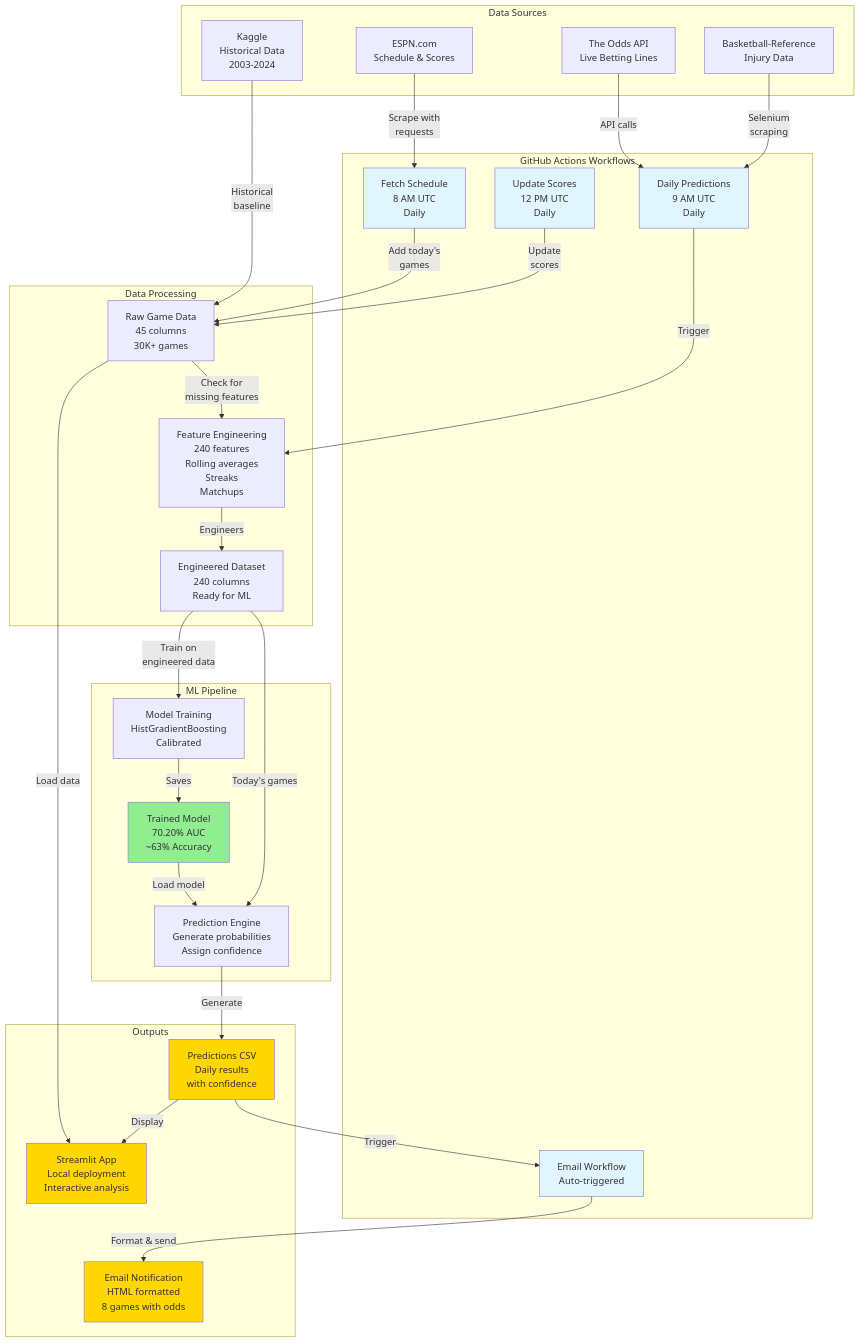
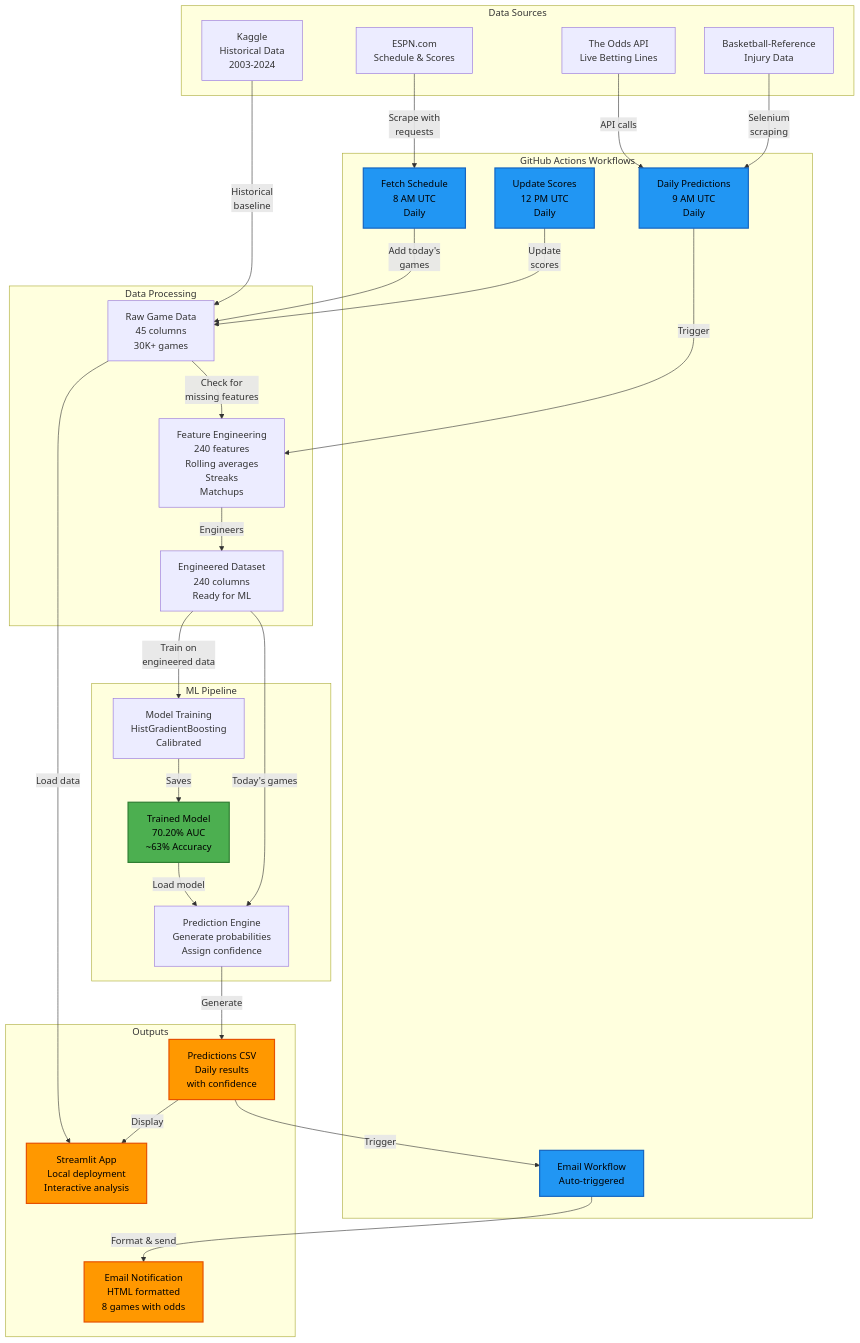
Before and after one commit to missionfromdog/bball-prediction: the diagram in docs/ARCHITECTURE.md, drawn with Mermaid.

Commit message:
STYLE: Improve Mermaid diagram color contrast for readability
CHANGES:
- Replaced light pastel colors with Material Design palette
- Added black text (color:#000) to all styled nodes
- Increased stroke width to 2px for better definition
- Added darker stroke colors for depth

NEW COLORS:
- Workflows: Blue (#2196F3) with navy stroke (#1565C0)
- Model: Green (#4CAF50) with dark green stroke (#2E7D32)
- Outputs: Orange (#FF9800) with dark orange stroke (#E65100)

RESULT:
Much better text readability against colored backgrounds.
Professional Material Design color scheme.

````diff
--- a/docs/ARCHITECTURE.md
+++ b/docs/ARCHITECTURE.md
@@ -5,66 +5,66 @@
 ```mermaid
 graph TB
     subgraph "Data Sources"
         A1[ESPN.com<br/>Schedule & Scores]
         A2[The Odds API<br/>Live Betting Lines]
         A3[Basketball-Reference<br/>Injury Data]
         A4[Kaggle<br/>Historical Data<br/>2003-2024]
     end
 
     subgraph "GitHub Actions Workflows"
         B1[Fetch Schedule<br/>8 AM UTC<br/>Daily]
         B2[Daily Predictions<br/>9 AM UTC<br/>Daily]
         B3[Update Scores<br/>12 PM UTC<br/>Daily]
         B4[Email Workflow<br/>Auto-triggered]
     end
 
     subgraph "Data Processing"
         C1[Raw Game Data<br/>45 columns<br/>30K+ games]
         C2[Feature Engineering<br/>240 features<br/>Rolling averages<br/>Streaks<br/>Matchups]
         C3[Engineered Dataset<br/>240 columns<br/>Ready for ML]
     end
 
     subgraph "ML Pipeline"
         D1[Model Training<br/>HistGradientBoosting<br/>Calibrated]
         D2[Trained Model<br/>70.20% AUC<br/>~63% Accuracy]
         D3[Prediction Engine<br/>Generate probabilities<br/>Assign confidence]
     end
 
     subgraph "Outputs"
         E1[Predictions CSV<br/>Daily results<br/>with confidence]
         E2[Email Notification<br/>HTML formatted<br/>8 games with odds]
         E3[Streamlit App<br/>Local deployment<br/>Interactive analysis]
     end
 
     A1 -->|Scrape with<br/>requests| B1
     A2 -->|API calls| B2
     A3 -->|Selenium<br/>scraping| B2
     A4 -->|Historical<br/>baseline| C1
 
     B1 -->|Add today's<br/>games| C1
     B2 -->|Trigger| C2
     B3 -->|Update<br/>scores| C1
 
     C1 -->|Check for<br/>missing features| C2
     C2 -->|Engineers| C3
 
     C3 -->|Train on<br/>engineered data| D1
     D1 -->|Saves| D2
     D2 -->|Load model| D3
     C3 -->|Today's games| D3
 
     D3 -->|Generate| E1
     E1 -->|Trigger| B4
     B4 -->|Format & send| E2
     C1 -->|Load data| E3
     E1 -->|Display| E3
 
-    style B1 fill:#e1f5ff
-    style B2 fill:#e1f5ff
-    style B3 fill:#e1f5ff
-    style B4 fill:#e1f5ff
-    style D2 fill:#90EE90
-    style E1 fill:#FFD700
-    style E2 fill:#FFD700
-    style E3 fill:#FFD700
+    style B1 fill:#2196F3,stroke:#1565C0,stroke-width:2px,color:#000
+    style B2 fill:#2196F3,stroke:#1565C0,stroke-width:2px,color:#000
+    style B3 fill:#2196F3,stroke:#1565C0,stroke-width:2px,color:#000
+    style B4 fill:#2196F3,stroke:#1565C0,stroke-width:2px,color:#000
+    style D2 fill:#4CAF50,stroke:#2E7D32,stroke-width:2px,color:#000
+    style E1 fill:#FF9800,stroke:#E65100,stroke-width:2px,color:#000
+    style E2 fill:#FF9800,stroke:#E65100,stroke-width:2px,color:#000
+    style E3 fill:#FF9800,stroke:#E65100,stroke-width:2px,color:#000
 ```
````
